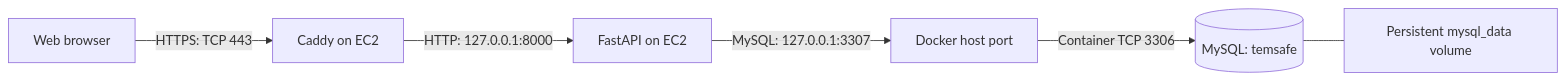
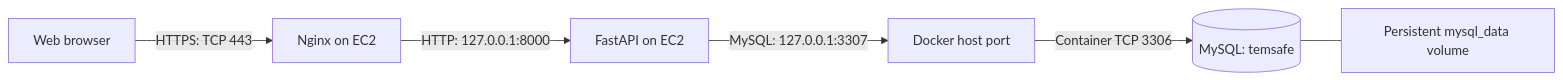
Before and after one commit to nikitsya/TempSafe: the first of 2 diagrams in docs/database-connections.md, drawn with Mermaid. The commit also changed 6 other files, not shown here.

````diff
--- a/docs/database-connections.md
+++ b/docs/database-connections.md
@@ -30,8 +30,8 @@
 ```mermaid
 flowchart LR
-    Browser[Web browser] -->|HTTPS: TCP 443| Caddy[Caddy on EC2]
-    Caddy -->|HTTP: 127.0.0.1:8000| API[FastAPI on EC2]
+    Browser[Web browser] -->|HTTPS: TCP 443| Nginx[Nginx on EC2]
+    Nginx -->|HTTP: 127.0.0.1:8000| API[FastAPI on EC2]
     API -->|MySQL: 127.0.0.1:3307| Port[Docker host port]
     Port -->|Container TCP 3306| DB[(MySQL: temsafe)]
     DB --- Volume[Persistent mysql_data volume]
 ```
````
